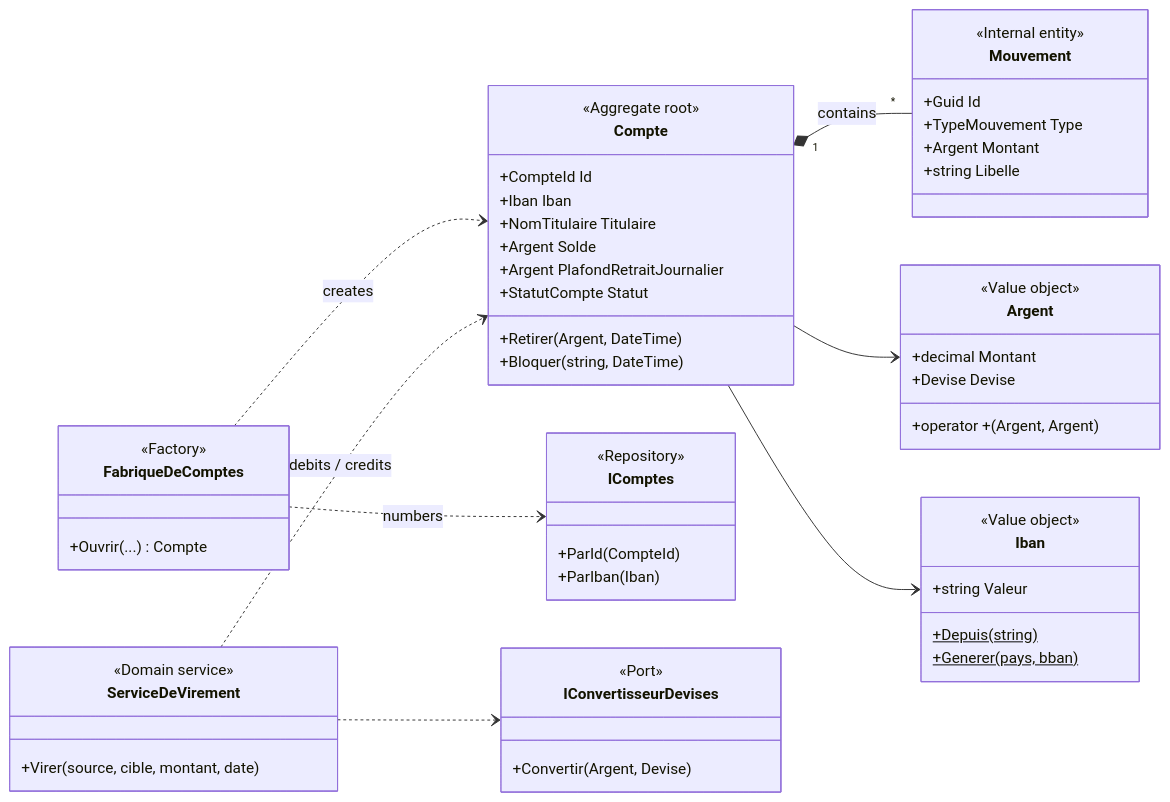
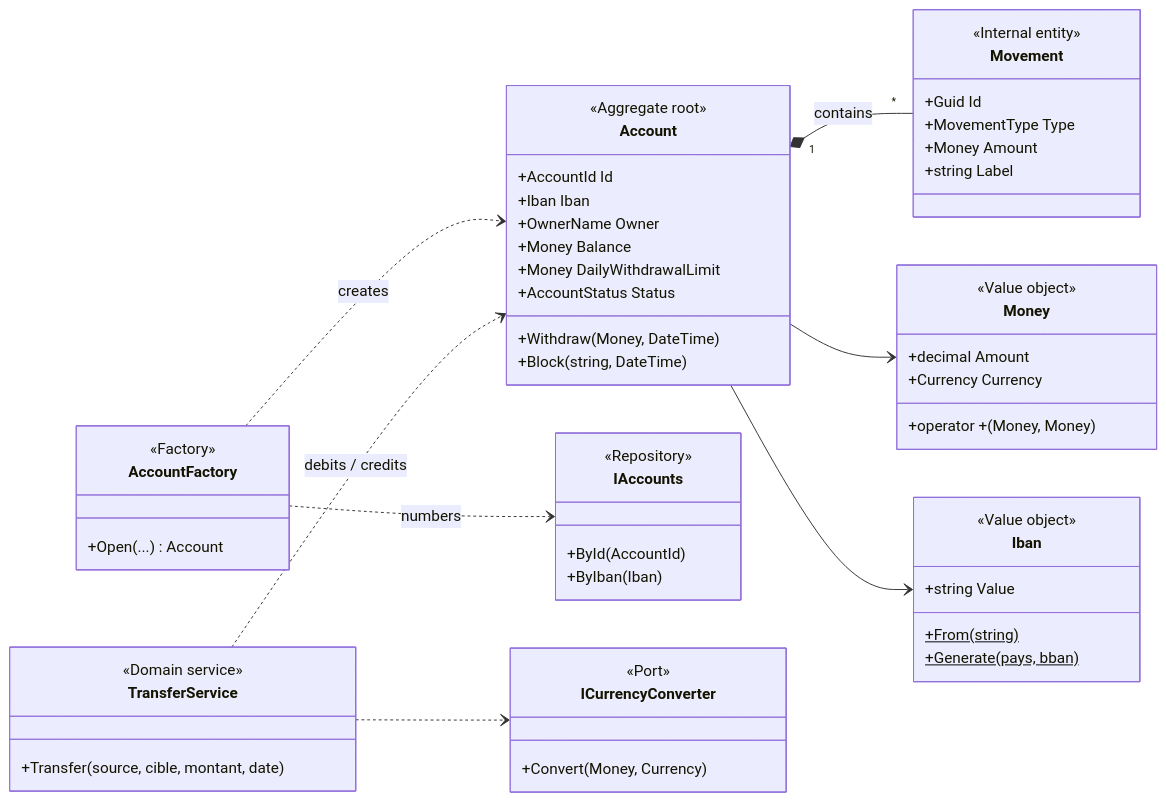
One commit to drangoht/ArchitecturesDemo changed the third of 4 diagrams in Docs/en/11-ddd.md. Above: the diagram before and after it, drawn with Mermaid. The commit also changed other lines of this file and 78 other files, not shown here.

First line of the commit message:
Docs EN : identifiants, liens, diagrammes et sorties alignés sur le code anglais

````diff
--- a/Docs/en/11-ddd.md
+++ b/Docs/en/11-ddd.md
@@ -84,58 +83,58 @@
 ```mermaid
 classDiagram
     direction LR
-    class Compte {
+    class Account {
         <<Aggregate root>>
-        +CompteId Id
+        +AccountId Id
         +Iban Iban
-        +NomTitulaire Titulaire
-        +Argent Solde
-        +Argent PlafondRetraitJournalier
-        +StatutCompte Statut
-        +Retirer(Argent, DateTime)
-        +Bloquer(string, DateTime)
+        +OwnerName Owner
+        +Money Balance
+        +Money DailyWithdrawalLimit
+        +AccountStatus Status
+        +Withdraw(Money, DateTime)
+        +Block(string, DateTime)
     }
-    class Mouvement {
+    class Movement {
         <<Internal entity>>
         +Guid Id
-        +TypeMouvement Type
-        +Argent Montant
-        +string Libelle
+        +MovementType Type
+        +Money Amount
+        +string Label
     }
-    class Argent {
+    class Money {
         <<Value object>>
-        +decimal Montant
-        +Devise Devise
-        +operator +(Argent, Argent)
+        +decimal Amount
+        +Currency Currency
+        +operator +(Money, Money)
     }
     class Iban {
         <<Value object>>
-        +string Valeur
-        +Depuis(string)$
-        +Generer(pays, bban)$
+        +string Value
+        +From(string)$
+        +Generate(pays, bban)$
     }
-    class FabriqueDeComptes {
+    class AccountFactory {
         <<Factory>>
-        +Ouvrir(...) Compte
+        +Open(...) Account
     }
-    class ServiceDeVirement {
+    class TransferService {
         <<Domain service>>
-        +Virer(source, cible, montant, date)
+        +Transfer(source, cible, montant, date)
     }
-    class IComptes {
+    class IAccounts {
         <<Repository>>
-        +ParId(CompteId)
-        +ParIban(Iban)
+        +ById(AccountId)
+        +ByIban(Iban)
     }
-    class IConvertisseurDevises {
+    class ICurrencyConverter {
         <<Port>>
-        +Convertir(Argent, Devise)
+        +Convert(Money, Currency)
     }
-    Compte "1" *-- "*" Mouvement : contains
-    Compte --> Argent
-    Compte --> Iban
-    FabriqueDeComptes ..> Compte : creates
-    FabriqueDeComptes ..> IComptes : numbers
-    ServiceDeVirement ..> Compte : debits / credits
-    ServiceDeVirement ..> IConvertisseurDevises
+    Account "1" *-- "*" Movement : contains
+    Account --> Money
+    Account --> Iban
+    AccountFactory ..> Account : creates
+    AccountFactory ..> IAccounts : numbers
+    TransferService ..> Account : debits / credits
+    TransferService ..> ICurrencyConverter
 ```
````
